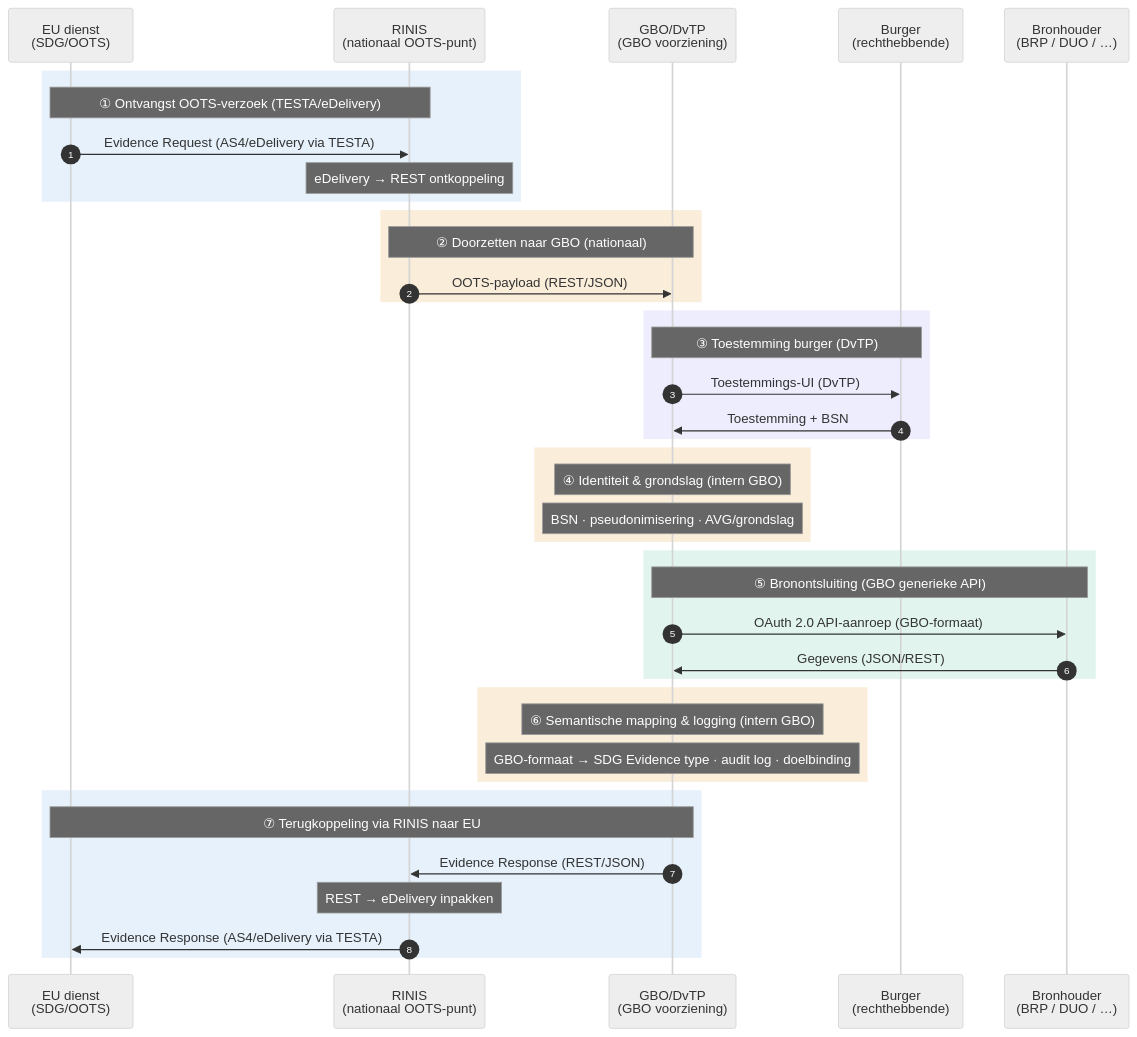
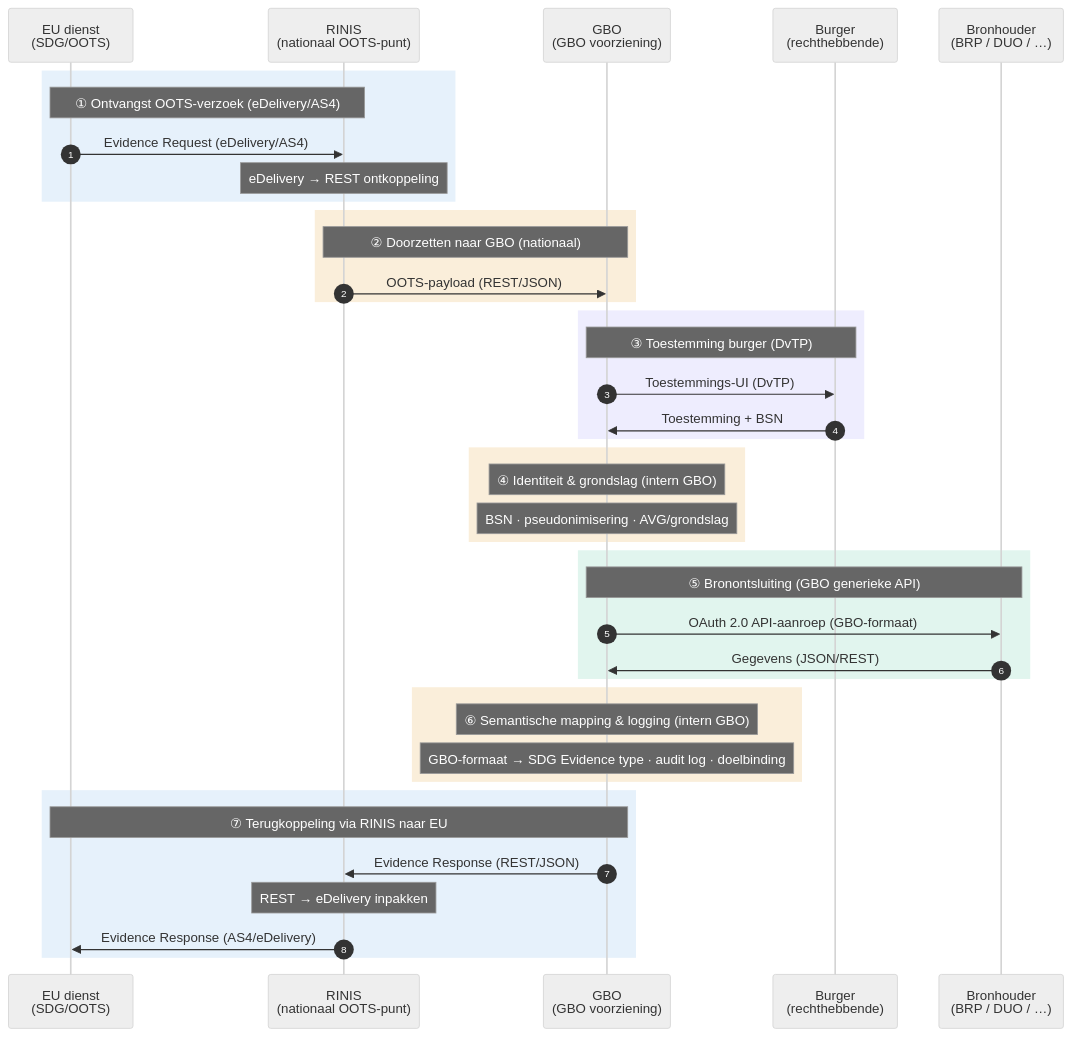
One commit to Govert-Claus/GBO-DvTP changed the diagram in docs/diagrammen/interactiepatroon-SDG-OOTS-verzoek.mmd. Above: the diagram before and after it, drawn with Mermaid (neutral theme). The commit also changed 1054 other files, not shown here.

````diff
--- a/docs/diagrammen/interactiepatroon-SDG-OOTS-verzoek.mmd
+++ b/docs/diagrammen/interactiepatroon-SDG-OOTS-verzoek.mmd
@@ -3,51 +3,51 @@
 ``` mermaid
 
 sequenceDiagram
     autonumber
     participant EU as EU dienst<br/>(SDG/OOTS)
     participant RINIS as RINIS<br/>(nationaal OOTS-punt)
-    participant GBO as GBO/DvTP<br/>(GBO voorziening)
+    participant GBO as GBO<br/>(GBO voorziening)
     participant BRG as Burger<br/>(rechthebbende)
     participant BRH as Bronhouder<br/>(BRP / DUO / …)
 
     rect rgb(230, 241, 251)
-        Note over EU,RINIS: ① Ontvangst OOTS-verzoek (TESTA/eDelivery)
-        EU->>RINIS: Evidence Request (AS4/eDelivery via TESTA)
+        Note over EU,RINIS: ① Ontvangst OOTS-verzoek (eDelivery/AS4)
+        EU->>RINIS: Evidence Request (eDelivery/AS4)
         Note over RINIS: eDelivery → REST ontkoppeling
     end
 
     rect rgb(250, 238, 218)
         Note over RINIS,GBO: ② Doorzetten naar GBO (nationaal)
         RINIS->>GBO: OOTS-payload (REST/JSON)
     end
 
     rect rgb(238, 237, 254)
         Note over GBO,BRG: ③ Toestemming burger (DvTP)
         GBO->>BRG: Toestemmings-UI (DvTP)
         BRG->>GBO: Toestemming + BSN
     end
 
     rect rgb(250, 238, 218)
         Note over GBO: ④ Identiteit & grondslag (intern GBO)
         Note over GBO: BSN · pseudonimisering · AVG/grondslag
     end
 
     rect rgb(225, 245, 238)
         Note over GBO,BRH: ⑤ Bronontsluiting (GBO generieke API)
         GBO->>BRH: OAuth 2.0 API-aanroep (GBO-formaat)
         BRH->>GBO: Gegevens (JSON/REST)
     end
 
     rect rgb(250, 238, 218)
         Note over GBO: ⑥ Semantische mapping & logging (intern GBO)
         Note over GBO: GBO-formaat → SDG Evidence type · audit log · doelbinding
     end
 
     rect rgb(230, 241, 251)
         Note over GBO,EU: ⑦ Terugkoppeling via RINIS naar EU
         GBO->>RINIS: Evidence Response (REST/JSON)
         Note over RINIS: REST → eDelivery inpakken
-        RINIS->>EU: Evidence Response (AS4/eDelivery via TESTA)
+        RINIS->>EU: Evidence Response (AS4/eDelivery)
     end
 
 ```
````
